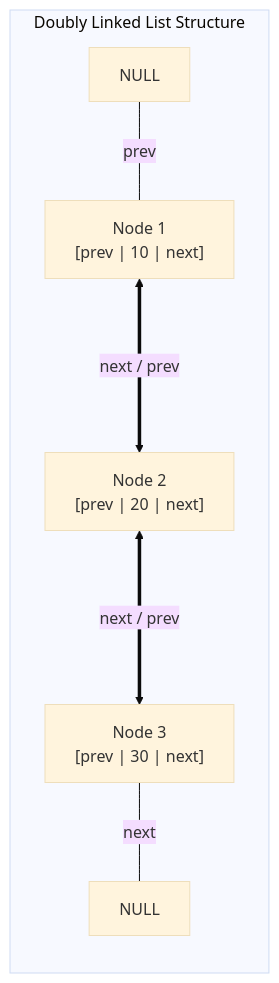
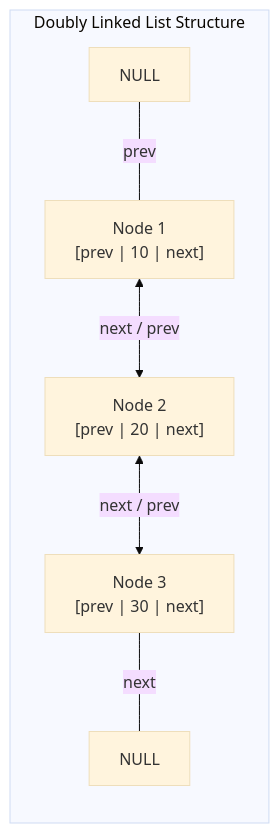
One commit to YatishGowda09/Sem-3-CSE-Notes changed the first of 5 diagrams in DSA/Unit 2/L02 - Doubly Linked Lists.md. Above: the diagram before and after it, drawn with Mermaid (base theme). The commit also changed other lines of this file and 70 other files, not shown here.

First line of the commit message:
Fix Mermaid diagram syntax for GitHub rendering compatibility

````diff
--- a/DSA/Unit 2/L02 - Doubly Linked Lists.md
+++ b/DSA/Unit 2/L02 - Doubly Linked Lists.md
@@ -24,9 +24,9 @@
 ```mermaid
 flowchart LR
     subgraph DLL["Doubly Linked List Structure"]
-        NULL1["NULL"] ---|"prev"| N1["Node 1\n[prev | 10 | next]"]
-        N1 <===>|"next / prev"| N2["Node 2\n[prev | 20 | next]"]
-        N2 <===>|"next / prev"| N3["Node 3\n[prev | 30 | next]"]
+        NULL1["NULL"] ---|"prev"| N1["Node 1<br/>[prev | 10 | next]"]
+        N1 <-->|"next / prev"| N2["Node 2<br/>[prev | 20 | next]"]
+        N2 <-->|"next / prev"| N3["Node 3<br/>[prev | 30 | next]"]
         N3 ---|"next"| NULL2["NULL"]
     end
 ```
````
